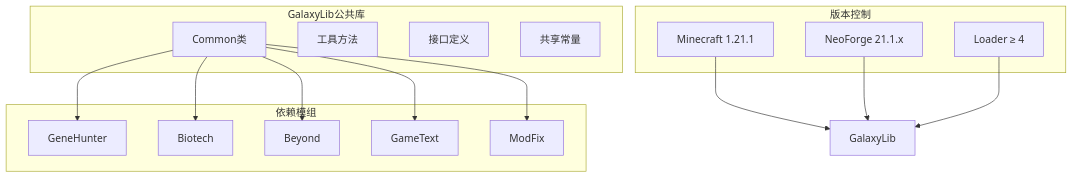
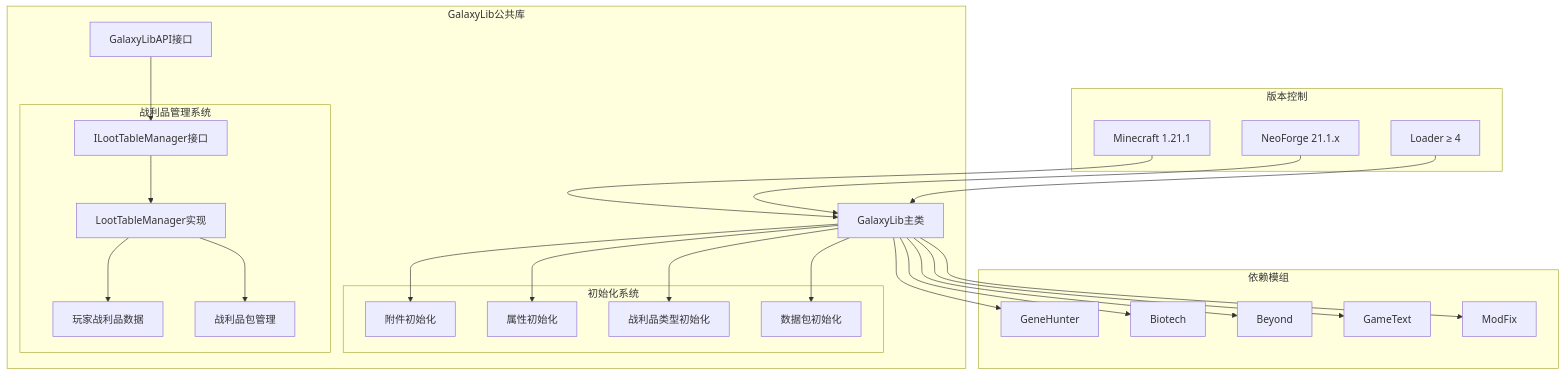
One commit to Ver-shift/SubModulesGeneHunter changed the fourth of 8 diagrams in .qoder/repowiki/zh/content/模块架构/GalaxyLib公共库模块.md. Above: the diagram before and after it, drawn with Mermaid. The commit also changed other lines of this file and 42 other files, not shown here.

````diff
--- a/.qoder/repowiki/zh/content/模块架构/GalaxyLib公共库模块.md
+++ b/.qoder/repowiki/zh/content/模块架构/GalaxyLib公共库模块.md
@@ -122,29 +142,47 @@
 ```mermaid
 graph TD
 subgraph "GalaxyLib公共库"
-CommonClass[Common类]
-Utils[工具方法]
-Interfaces[接口定义]
-Constants[共享常量]
+GalaxyLibMain[GalaxyLib主类]
+GalaxyLibAPI[GalaxyLibAPI接口]
+subgraph "初始化系统"
+AttachInit[附件初始化]
+AttributeInit[属性初始化]
+LootTypeInit[战利品类型初始化]
+PackInit[数据包初始化]
+end
+subgraph "战利品管理系统"
+ILootTableManager[ILootTableManager接口]
+LootTableManager[LootTableManager实现]
+PlayerLootTableData[玩家战利品数据]
+LootPack[战利品包管理]
+end
 end
 subgraph "依赖模组"
 GeneHunter[GeneHunter]
 Biotech[Biotech]
 Beyond[Beyond]
 GameText[GameText]
 ModFix[ModFix]
 end
 subgraph "版本控制"
 Minecraft[Minecraft 1.21.1]
 NeoForge[NeoForge 21.1.x]
 Loader[Loader ≥ 4]
 end
-CommonClass --> GeneHunter
-CommonClass --> Biotech
-CommonClass --> Beyond
-CommonClass --> GameText
-CommonClass --> ModFix
-Minecraft --> GalaxyLib
-NeoForge --> GalaxyLib
-Loader --> GalaxyLib
+GalaxyLibMain --> AttachInit
+GalaxyLibMain --> AttributeInit
+GalaxyLibMain --> LootTypeInit
+GalaxyLibMain --> PackInit
+GalaxyLibAPI --> ILootTableManager
+ILootTableManager --> LootTableManager
+LootTableManager --> PlayerLootTableData
+LootTableManager --> LootPack
+GalaxyLibMain --> GeneHunter
+GalaxyLibMain --> Biotech
+GalaxyLibMain --> Beyond
+GalaxyLibMain --> GameText
+GalaxyLibMain --> ModFix
+Minecraft --> GalaxyLibMain
+NeoForge --> GalaxyLibMain
+Loader --> GalaxyLibMain
 ```
````
